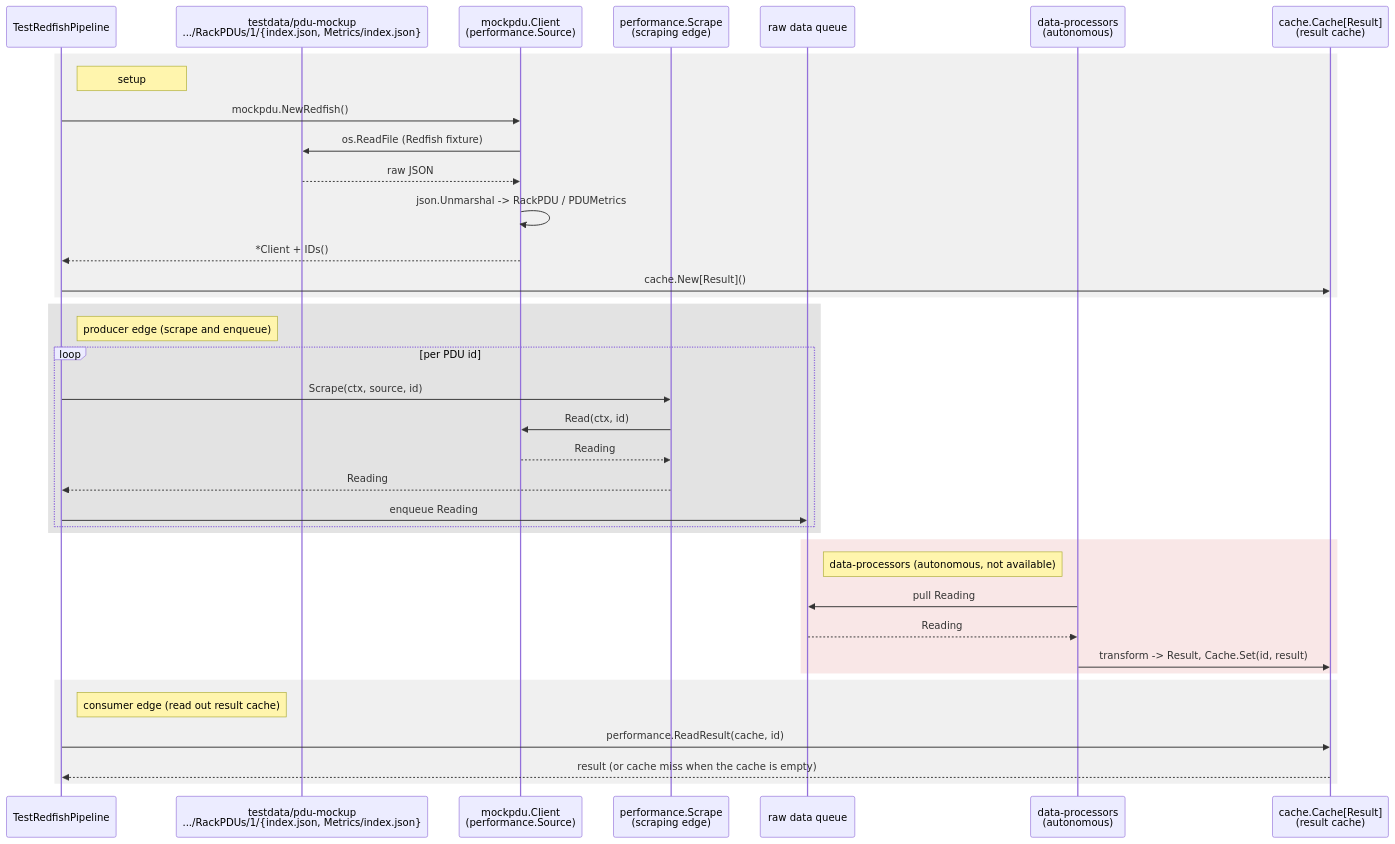
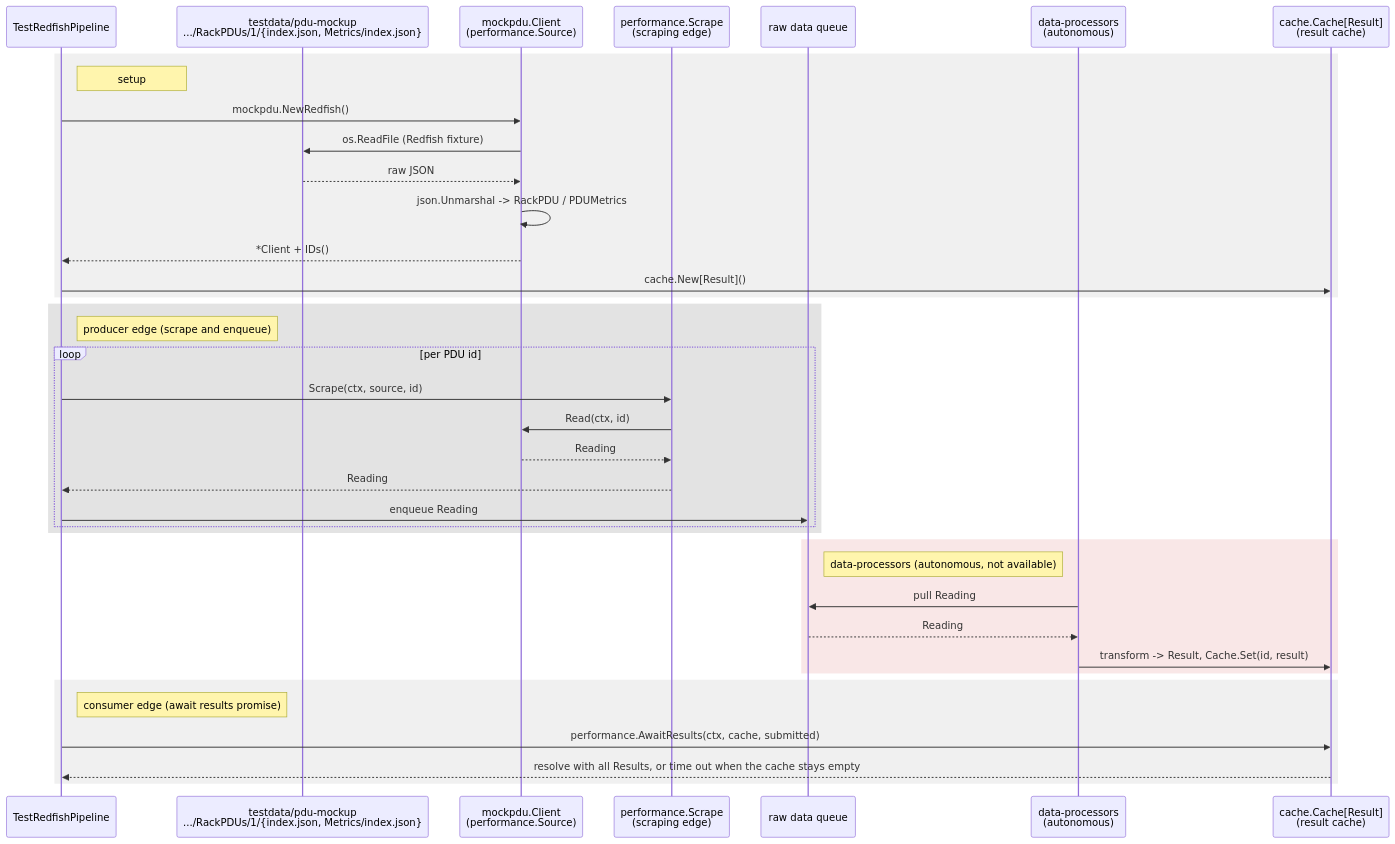
Before and after one commit to cloudoperators/rootstock: the second of 2 diagrams in docs/testing/performance-testing.md, drawn with Mermaid. The commit also changed other lines of this file and 2 other files, not shown here.

Commit message:
correct benchmark to match architectural model, leave gap where unimplemented

````diff
--- a/docs/testing/performance-testing.md
+++ b/docs/testing/performance-testing.md
@@ -145,44 +157,44 @@
 ```mermaid
 sequenceDiagram
     participant Test as TestRedfishPipeline
     participant Data as testdata/pdu-mockup<br/>.../RackPDUs/1/{index.json, Metrics/index.json}
     participant Mock as mockpdu.Client<br/>(performance.Source)
     participant Scrape as performance.Scrape<br/>(scraping edge)
     participant Queue as raw data queue
     participant Proc as data-processors<br/>(autonomous)
     participant Cache as cache.Cache[Result]<br/>(result cache)
 
     rect rgba(128, 128, 128, 0.12)
         note right of Test: setup
         Test->>Mock: mockpdu.NewRedfish()
         Mock->>Data: os.ReadFile (Redfish fixture)
         Data-->>Mock: raw JSON
         Mock->>Mock: json.Unmarshal -> RackPDU / PDUMetrics
         Mock-->>Test: *Client + IDs()
         Test->>Cache: cache.New[Result]()
     end
 
     rect rgba(128, 128, 128, 0.22)
         note right of Test: producer edge (scrape and enqueue)
         loop per PDU id
             Test->>Scrape: Scrape(ctx, source, id)
             Scrape->>Mock: Read(ctx, id)
             Mock-->>Scrape: Reading
             Scrape-->>Test: Reading
             Test->>Queue: enqueue Reading
         end
     end
 
     rect rgba(220, 120, 120, 0.18)
         note right of Queue: data-processors (autonomous, not available)
         Proc->>Queue: pull Reading
         Queue-->>Proc: Reading
         Proc->>Cache: transform -> Result, Cache.Set(id, result)
     end
 
     rect rgba(128, 128, 128, 0.12)
-        note right of Test: consumer edge (read out result cache)
-        Test->>Cache: performance.ReadResult(cache, id)
-        Cache-->>Test: result (or cache miss when the cache is empty)
+        note right of Test: consumer edge (await results promise)
+        Test->>Cache: performance.AwaitResults(ctx, cache, submitted)
+        Cache-->>Test: resolve with all Results, or time out when the cache stays empty
     end
 ```
````
